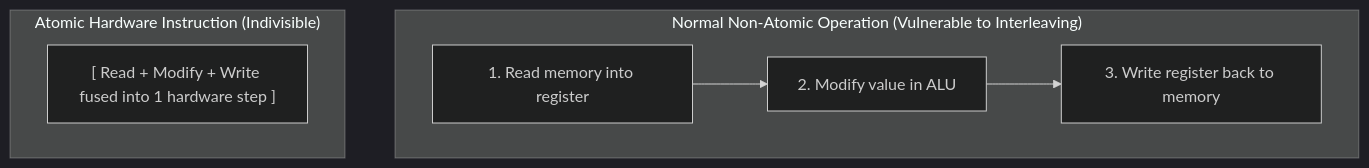
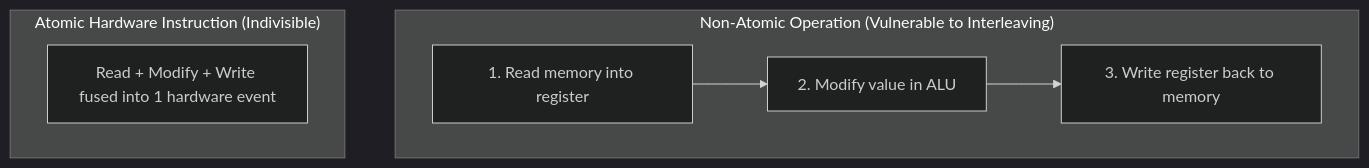
The first of 3 diagrams in docs/Concepts/Operating Systems/Process Sync and Concurrency Control/6_Hardware Sync Principles.md (tejkrish22/InterviewPrep), drawn with Mermaid (dark theme) before and after one commit. The commit also changed other lines of this file, not shown here.

Commit message:
docs: improve hardware synchronization principles and atomic primitives documentation

````diff
--- a/docs/Concepts/Operating Systems/Process Sync and Concurrency Control/6_Hardware Sync Principles.md
+++ b/docs/Concepts/Operating Systems/Process Sync and Concurrency Control/6_Hardware Sync Principles.md
@@ -20,11 +22,11 @@
 ```mermaid
 flowchart TD
-    subgraph NonAtomic["Normal Non-Atomic Operation (Vulnerable to Interleaving)"]
+    subgraph NonAtomic["Non-Atomic Operation (Vulnerable to Interleaving)"]
         R["1. Read memory into register"] --> M["2. Modify value in ALU"]
         M --> W["3. Write register back to memory"]
     end
 
     subgraph Atomic["Atomic Hardware Instruction (Indivisible)"]
-        F["[ Read + Modify + Write fused into 1 hardware step ]"]
+        F["Read + Modify + Write fused into 1 hardware event"]
     end
 ```
````
